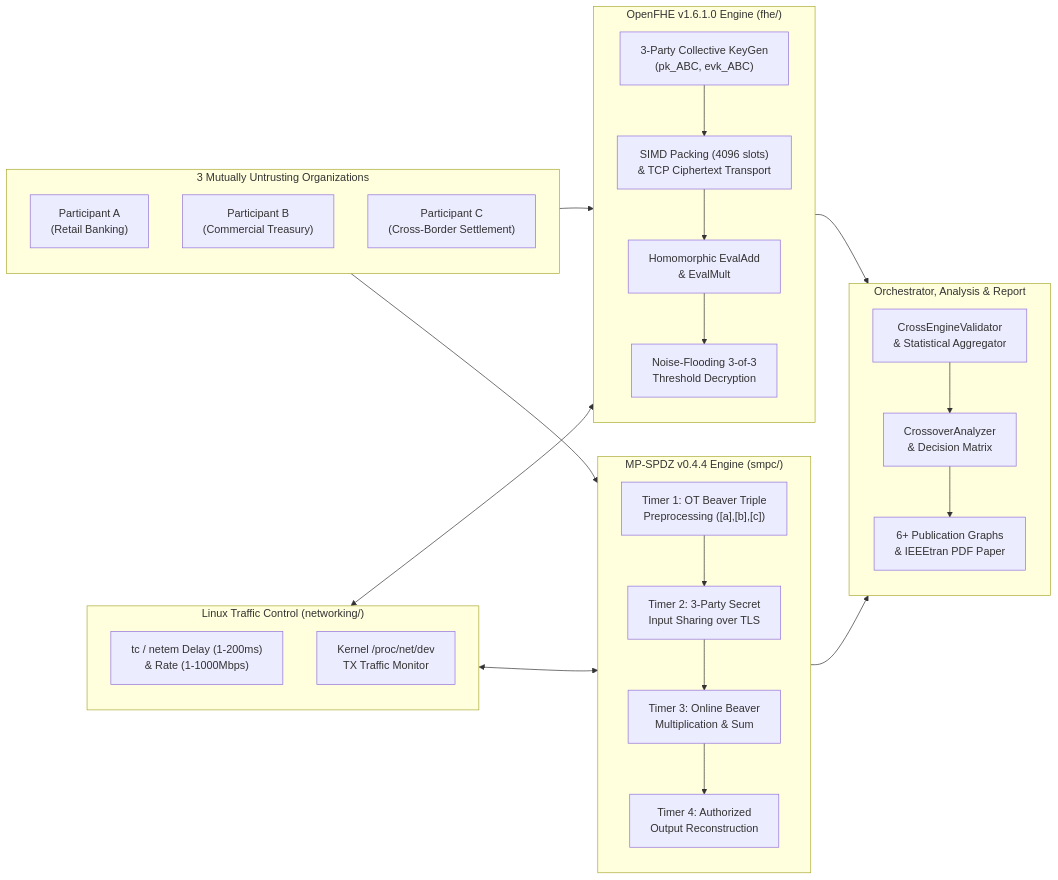
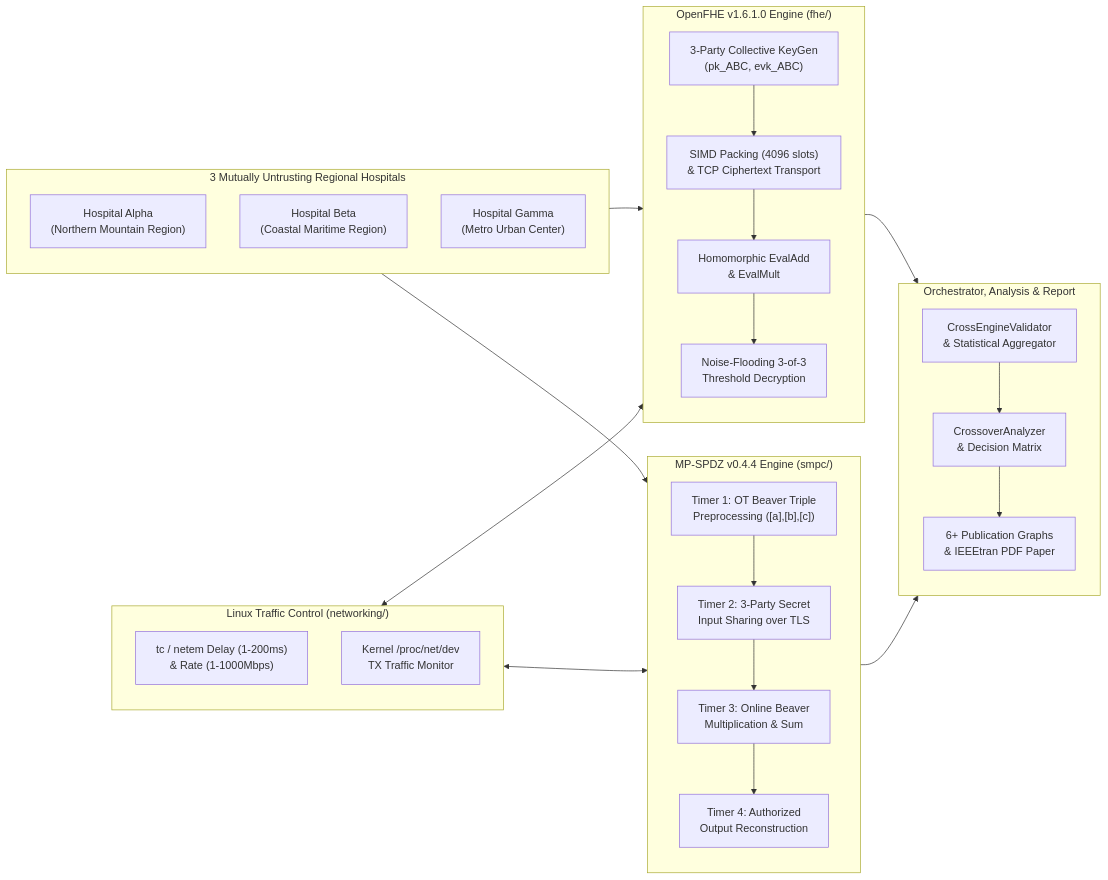
One commit to AlizaFatima12/Private-Collaborative-Computing-FHE-vs.-SMPC changed the diagram in README.md. Above: the diagram before and after it, drawn with Mermaid. The commit also changed other lines of this file and 45 other files, not shown here.

````diff
--- a/README.md
+++ b/README.md
@@ -26,40 +26,40 @@
 ```mermaid
 flowchart LR
-    subgraph Orgs["3 Mutually Untrusting Organizations"]
-        A["Participant A\n(Retail Banking)"]
-        B["Participant B\n(Commercial Treasury)"]
-        C["Participant C\n(Cross-Border Settlement)"]
+    subgraph Orgs["3 Mutually Untrusting Regional Hospitals"]
+        A["Hospital Alpha\n(Northern Mountain Region)"]
+        B["Hospital Beta\n(Coastal Maritime Region)"]
+        C["Hospital Gamma\n(Metro Urban Center)"]
     end
 
     subgraph EngineFHE["OpenFHE v1.6.1.0 Engine (fhe/)"]
         F1["3-Party Collective KeyGen\n(pk_ABC, evk_ABC)"]
         F2["SIMD Packing (4096 slots)\n& TCP Ciphertext Transport"]
         F3["Homomorphic EvalAdd\n& EvalMult"]
         F4["Noise-Flooding 3-of-3\nThreshold Decryption"]
         F1 --> F2 --> F3 --> F4
     end
 
     subgraph EngineSMPC["MP-SPDZ v0.4.4 Engine (smpc/)"]
         S1["Timer 1: OT Beaver Triple\nPreprocessing ([a],[b],[c])"]
         S2["Timer 2: 3-Party Secret\nInput Sharing over TLS"]
         S3["Timer 3: Online Beaver\nMultiplication & Sum"]
         S4["Timer 4: Authorized\nOutput Reconstruction"]
         S1 --> S2 --> S3 --> S4
     end
 
     subgraph Net["Linux Traffic Control (networking/)"]
         N1["tc / netem Delay (1-200ms)\n& Rate (1-1000Mbps)"]
         N2["Kernel /proc/net/dev\nTX Traffic Monitor"]
     end
 
     subgraph Output["Orchestrator, Analysis & Report"]
         O1["CrossEngineValidator\n& Statistical Aggregator"]
         O2["CrossoverAnalyzer\n& Decision Matrix"]
         O3["6+ Publication Graphs\n& IEEEtran PDF Paper"]
         O1 --> O2 --> O3
     end
 
     Orgs --> EngineFHE & EngineSMPC
     Net <--> EngineFHE & EngineSMPC
     EngineFHE & EngineSMPC --> Output
 ```
````
